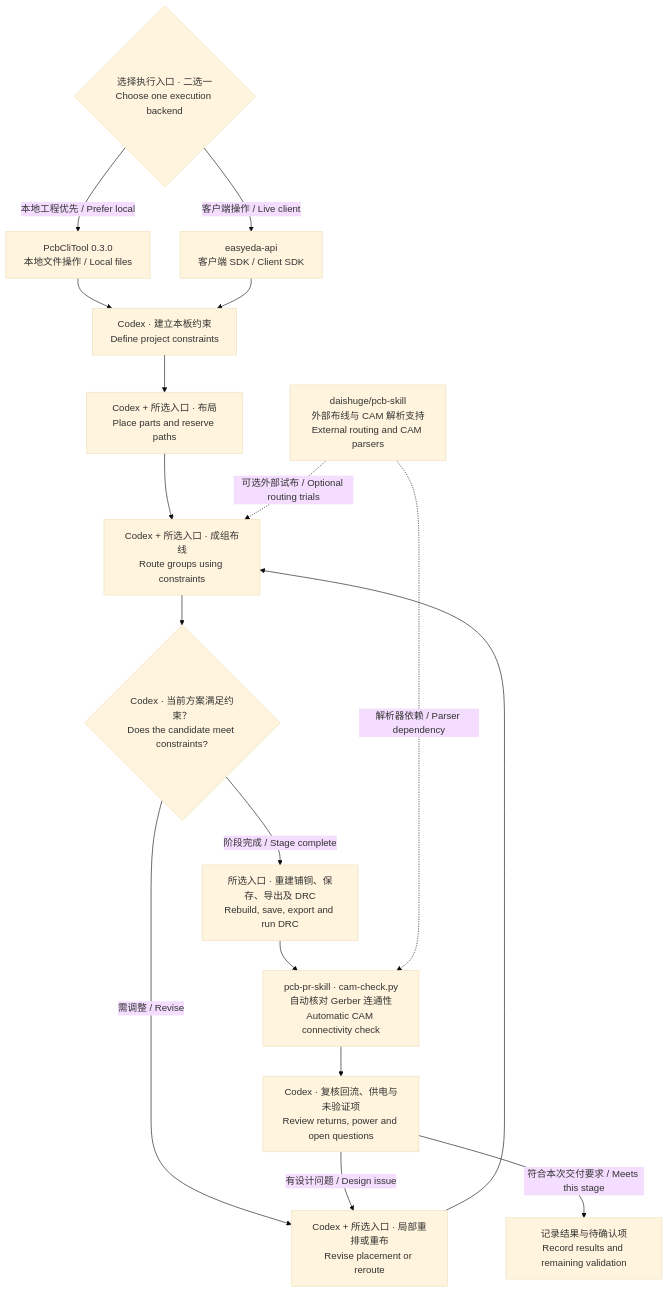
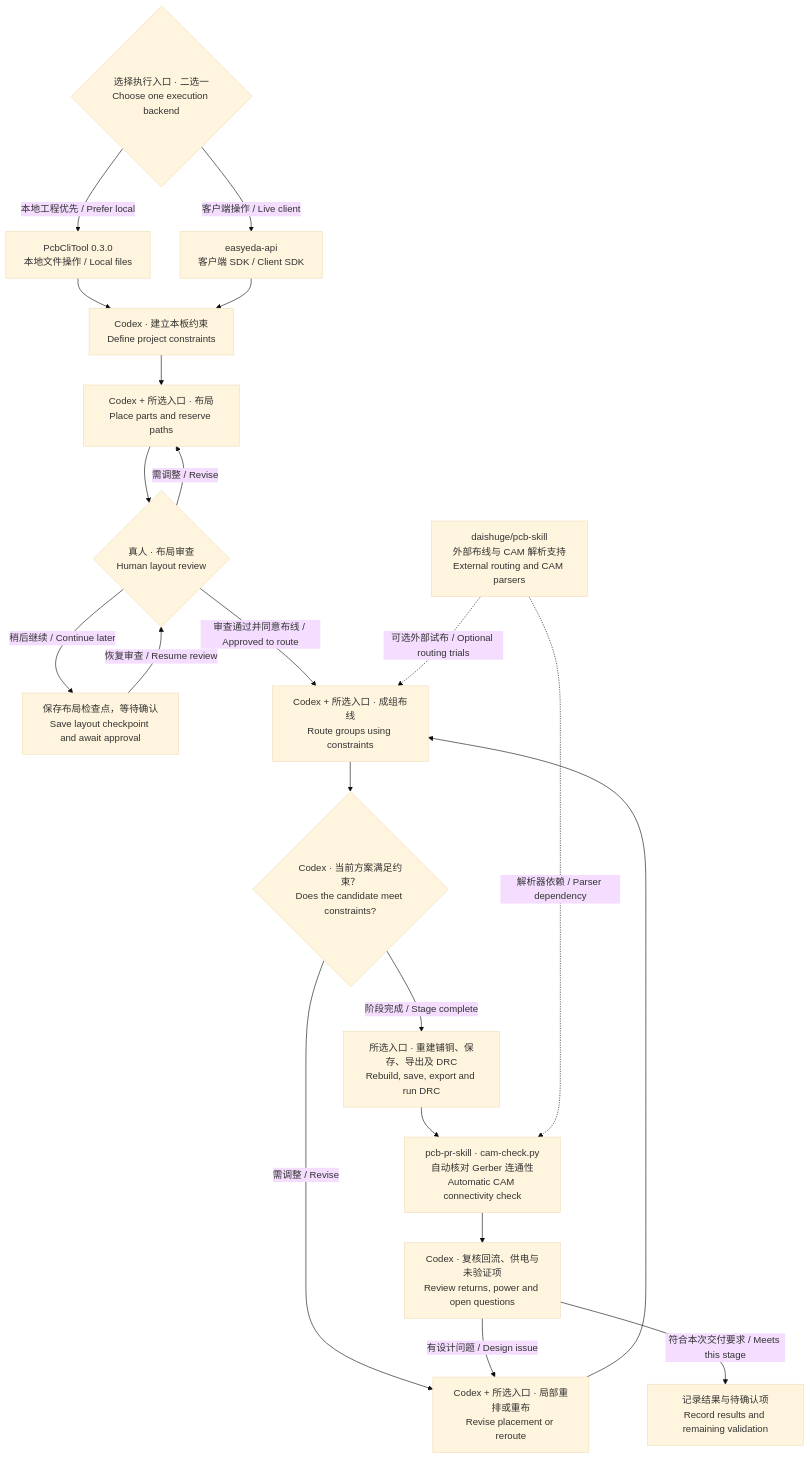
Before and after one commit to sanityARO/pcb-pr-skill: the diagram in README.md, drawn with Mermaid (base theme). The commit also changed other lines of this file, not shown here.

Commit message:
Add human layout review and a resumable checkpoint before routing

````diff
--- a/README.md
+++ b/README.md
@@ -41,21 +41,25 @@
 ```mermaid
 flowchart TD
     T{"选择执行入口 · 二选一<br/>Choose one execution backend"}
     T -- "本地工程优先 / Prefer local" --> P["PcbCliTool 0.3.0<br/>本地文件操作 / Local files"]
     T -- "客户端操作 / Live client" --> Q["easyeda-api<br/>客户端 SDK / Client SDK"]
     P --> A["Codex · 建立本板约束<br/>Define project constraints"]
     Q --> A
     A --> B["Codex + 所选入口 · 布局<br/>Place parts and reserve paths"]
-    B --> C["Codex + 所选入口 · 成组布线<br/>Route groups using constraints"]
+    B --> V{"真人 · 布局审查<br/>Human layout review"}
+    V -- "需调整 / Revise" --> B
+    V -- "稍后继续 / Continue later" --> W["保存布局检查点，等待确认<br/>Save layout checkpoint and await approval"]
+    W -- "恢复审查 / Resume review" --> V
+    V -- "审查通过并同意布线 / Approved to route" --> C["Codex + 所选入口 · 成组布线<br/>Route groups using constraints"]
     U["daishuge/pcb-skill<br/>外部布线与 CAM 解析支持<br/>External routing and CAM parsers"]
     U -. "可选外部试布 / Optional routing trials" .-> C
     C --> D{"Codex · 当前方案满足约束？<br/>Does the candidate meet constraints?"}
     D -- "需调整 / Revise" --> R["Codex + 所选入口 · 局部重排或重布<br/>Revise placement or reroute"]
     R --> C
     D -- "阶段完成 / Stage complete" --> E["所选入口 · 重建铺铜、保存、导出及 DRC<br/>Rebuild, save, export and run DRC"]
     E --> F["pcb-pr-skill · cam-check.py<br/>自动核对 Gerber 连通性<br/>Automatic CAM connectivity check"]
     U -. "解析器依赖 / Parser dependency" .-> F
     F --> G["Codex · 复核回流、供电与未验证项<br/>Review returns, power and open questions"]
     G -- "有设计问题 / Design issue" --> R
     G -- "符合本次交付要求 / Meets this stage" --> H["记录结果与待确认项<br/>Record results and remaining validation"]
 ```
````
